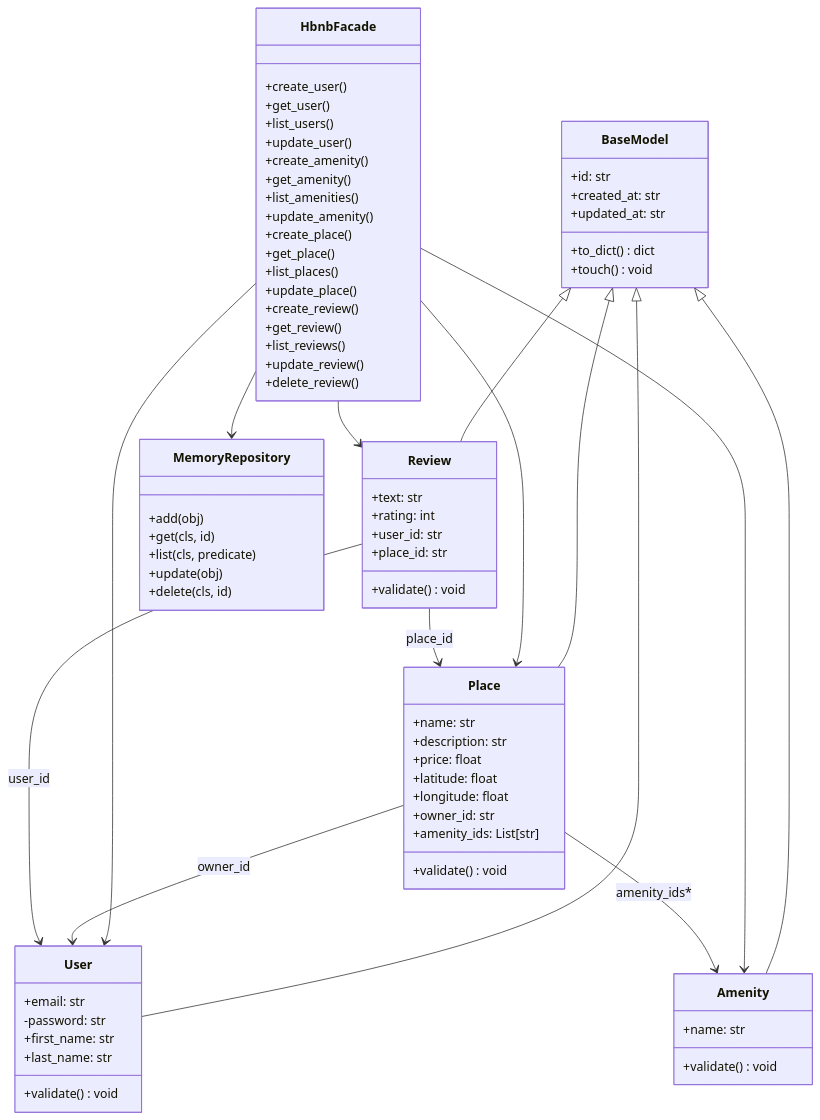
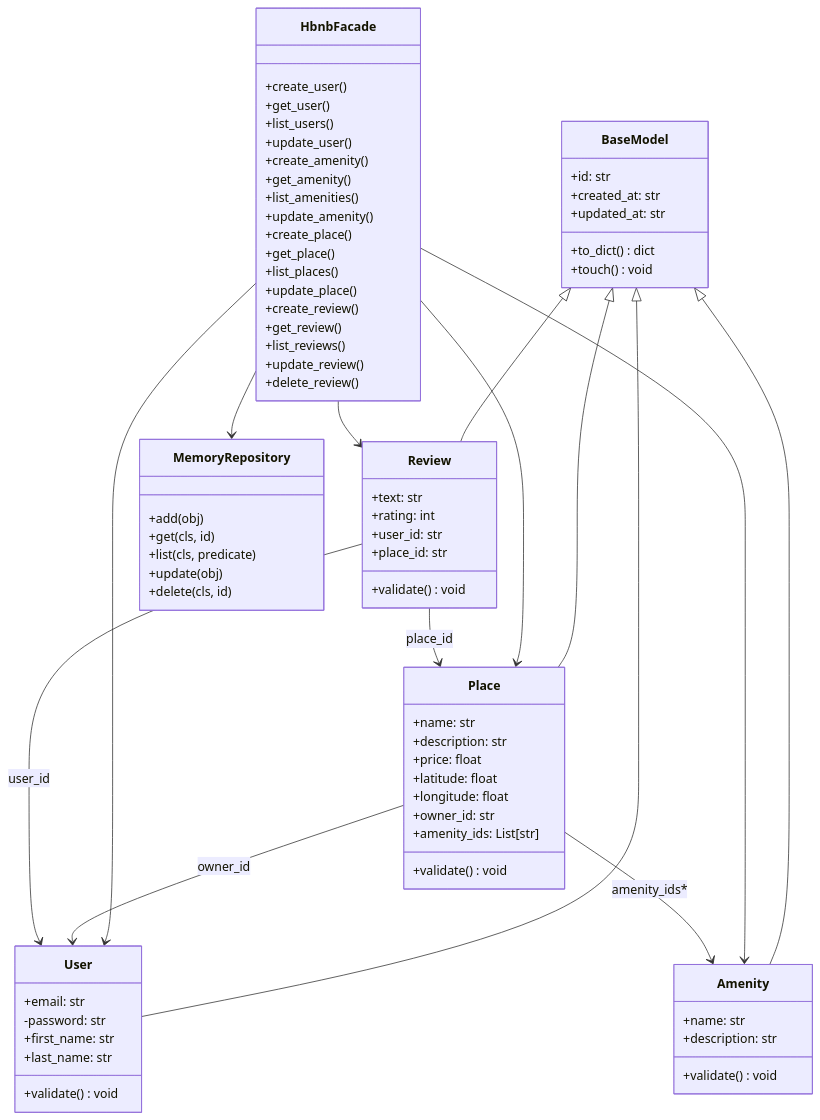
The diagram in part1/2-class-diagram.mmd (victor10days/holbertonschool-hbnb), drawn with Mermaid before and after one commit. The commit also changed 26 other files, not shown here.

```diff
--- a/part1/2-class-diagram.mmd
+++ b/part1/2-class-diagram.mmd
@@ -1,84 +1,85 @@
 classDiagram
     class BaseModel {
         +id: str
         +created_at: str
         +updated_at: str
         +to_dict() dict
         +touch() void
     }
 
     class User {
         +email: str
         -password: str
         +first_name: str
         +last_name: str
         +validate() void
     }
 
     class Amenity {
         +name: str
+        +description: str
         +validate() void
     }
 
     class Place {
         +name: str
         +description: str
         +price: float
         +latitude: float
         +longitude: float
         +owner_id: str
         +amenity_ids: List[str]
         +validate() void
     }
 
     class Review {
         +text: str
         +rating: int
         +user_id: str
         +place_id: str
         +validate() void
     }
 
     class MemoryRepository {
         +add(obj)
         +get(cls, id)
         +list(cls, predicate)
         +update(obj)
         +delete(cls, id)
     }
 
     class HbnbFacade {
         +create_user()
         +get_user()
         +list_users()
         +update_user()
         +create_amenity()
         +get_amenity()
         +list_amenities()
         +update_amenity()
         +create_place()
         +get_place()
         +list_places()
         +update_place()
         +create_review()
         +get_review()
         +list_reviews()
         +update_review()
         +delete_review()
     }
 
     BaseModel <|-- User
     BaseModel <|-- Amenity
     BaseModel <|-- Place
     BaseModel <|-- Review
 
     HbnbFacade --> User
     HbnbFacade --> Amenity
     HbnbFacade --> Place
     HbnbFacade --> Review
     HbnbFacade --> MemoryRepository
 
     Place --> User : owner_id
     Place --> Amenity : amenity_ids*
     Review --> User : user_id
     Review --> Place : place_id
```
